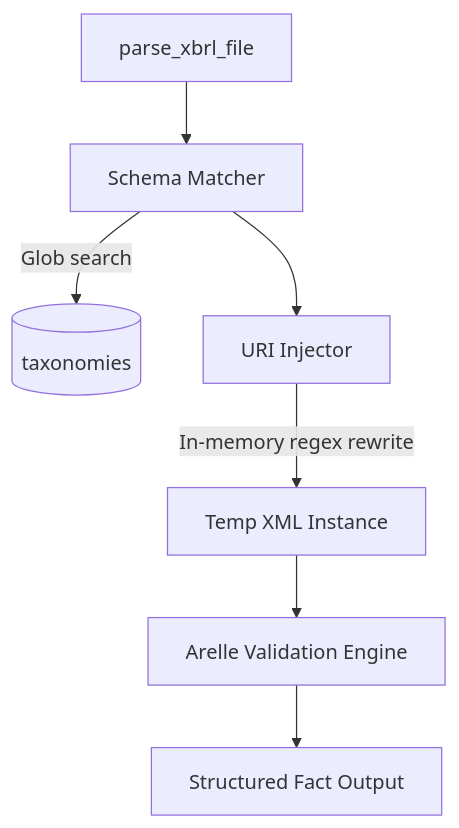
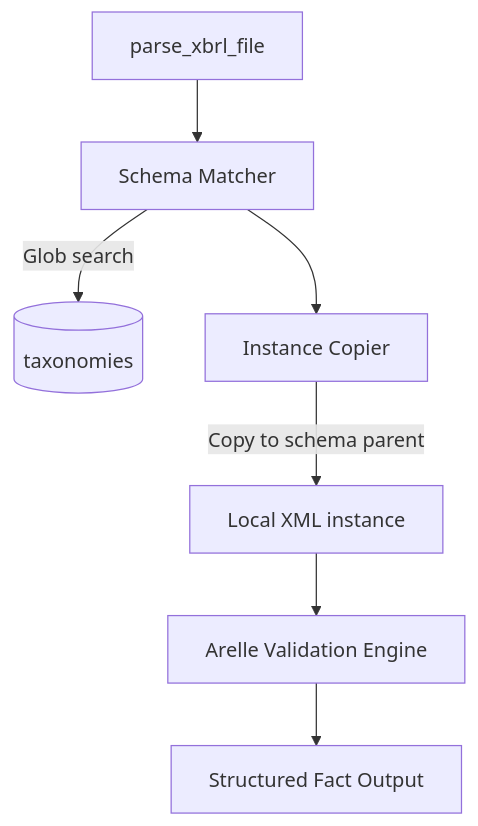
One commit to eggmasonvalue/nse-xbrl-parser changed the diagram in .context/ARCHITECTURE.md. Above: the diagram before and after it, drawn with Mermaid. The commit also changed other lines of this file and 3 other files, not shown here.

````diff
--- a/.context/ARCHITECTURE.md
+++ b/.context/ARCHITECTURE.md
@@ -7,9 +7,9 @@
 ```mermaid
 graph TD;
     API[parse_xbrl_file] --> Matcher[Schema Matcher]
     Matcher -->|Glob search| Vault[(taxonomies)]
-    Matcher --> Injector[URI Injector]
-    Injector -->|In-memory regex rewrite| Temp[Temp XML Instance]
+    Matcher --> Copier[Instance Copier]
+    Copier -->|Copy to schema parent| Temp[Local XML instance]
     Temp --> Arelle[Arelle Validation Engine]
     Arelle --> JSON[Structured Fact Output]
 ```
````
